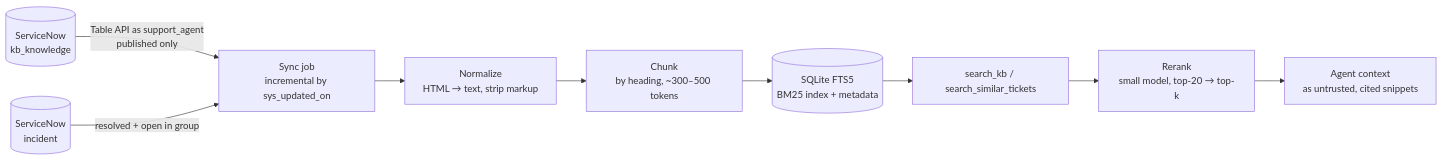
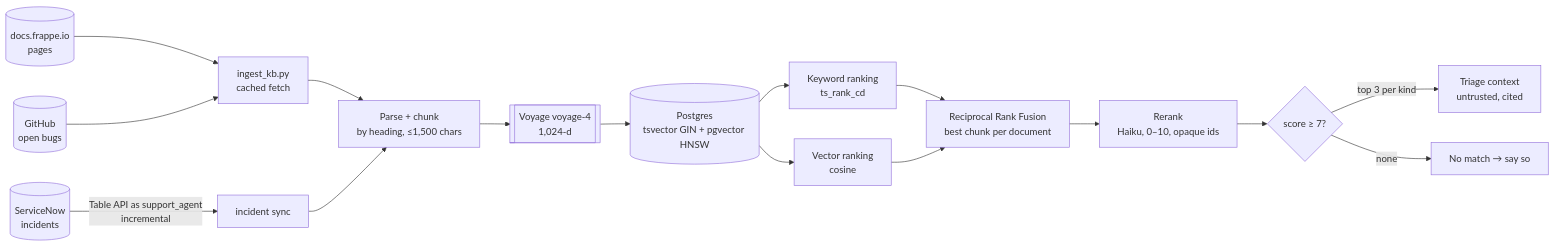
One commit to juliavasan/support-agent changed the second of 7 diagrams in docs/ARCHITECTURE.md. Above: the diagram before and after it, drawn with Mermaid. The commit also changed other lines of this file and 5 other files, not shown here.

````diff
--- a/docs/ARCHITECTURE.md
+++ b/docs/ARCHITECTURE.md
@@ -132,11 +142,18 @@
 ```mermaid
 flowchart LR
-    KBA[(ServiceNow<br/>kb_knowledge)] -->|Table API as support_agent<br/>published only| SYNC[Sync job<br/>incremental by sys_updated_on]
-    INC[(ServiceNow<br/>incident)] -->|resolved + open in group| SYNC
-    SYNC --> CLEAN[Normalize<br/>HTML → text, strip markup]
-    CLEAN --> CHUNK[Chunk<br/>by heading, ~300–500 tokens]
-    CHUNK --> IDX[(SQLite FTS5<br/>BM25 index + metadata)]
-    IDX --> Q[search_kb / search_similar_tickets]
-    Q --> RR[Rerank<br/>small model, top-20 → top-k]
-    RR --> AG[Agent context<br/>as untrusted, cited snippets]
+    DOCS[(docs.frappe.io<br/>pages)] --> ING[ingest_kb.py<br/>cached fetch]
+    GH[(GitHub<br/>open bugs)] --> ING
+    INC[(ServiceNow<br/>incidents)] -->|Table API as support_agent<br/>incremental| SYNC[incident sync]
+    ING --> CHUNK[Parse + chunk<br/>by heading, ≤1,500 chars]
+    SYNC --> CHUNK
+    CHUNK --> EMB[[Voyage voyage-4<br/>1,024-d]]
+    EMB --> PG[(Postgres<br/>tsvector GIN + pgvector HNSW)]
+    PG --> KW[Keyword ranking<br/>ts_rank_cd]
+    PG --> VEC[Vector ranking<br/>cosine]
+    KW --> RRF[Reciprocal Rank Fusion<br/>best chunk per document]
+    VEC --> RRF
+    RRF --> RR[Rerank<br/>Haiku, 0–10, opaque ids]
+    RR --> TH{score ≥ 7?}
+    TH -->|top 3 per kind| AG[Triage context<br/>untrusted, cited]
+    TH -->|none| NM[No match → say so]
 ```
````
